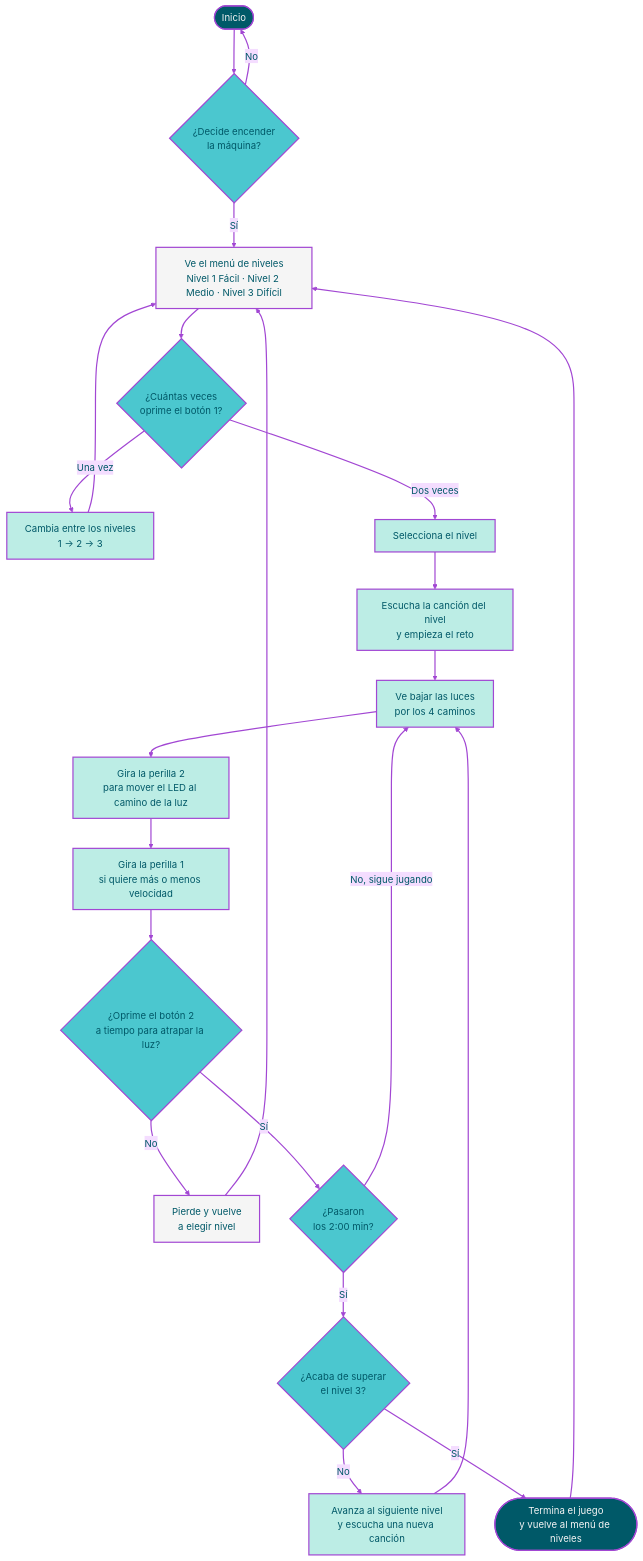
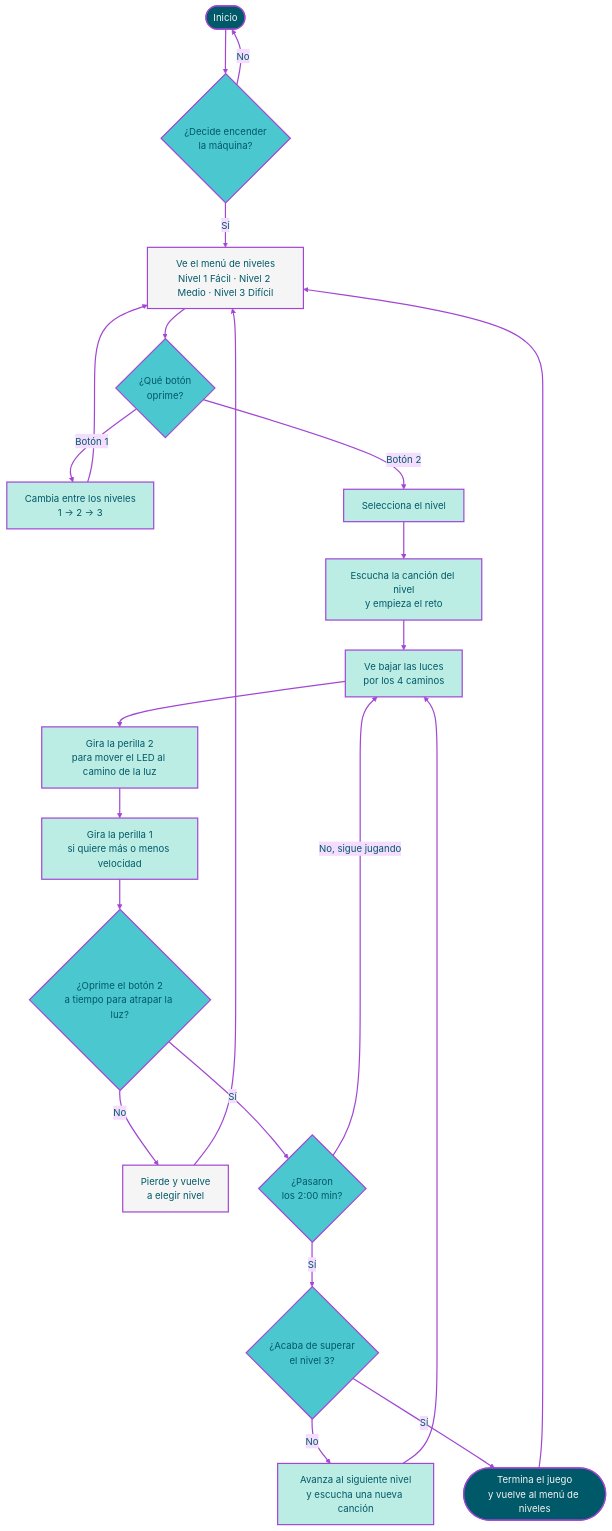
The first of 4 diagrams in 00-proyecto-2/grupo-05/README.md (Anaisbmg/dis8645-2026-2-procesos-2), drawn with Mermaid before and after one commit.

Commit message:
arreglo diagrama us

````diff
--- a/00-proyecto-2/grupo-05/README.md
+++ b/00-proyecto-2/grupo-05/README.md
@@ -69,41 +69,41 @@
 ```mermaid
 %%{init: {'theme':'base','themeVariables':{'fontFamily':'Arial','lineColor':'#A247D3','primaryTextColor':'#005968'}}}%%
 flowchart TD
     A([Inicio]) --> B{"¿Decide encender<br/>la máquina?"}
     B -- No --> A
     B -- Sí --> C["Ve el menú de niveles<br/>Nivel 1 Fácil · Nivel 2 Medio · Nivel 3 Difícil"]
 
-    C --> D{"¿Cuántas veces<br/>oprime el botón 1?"}
-    D -- Una vez --> E["Cambia entre los niveles<br/>1 → 2 → 3"]
+    C --> D{"¿Qué botón<br/>oprime?"}
+    D -- Botón 1 --> E["Cambia entre los niveles<br/>1 → 2 → 3"]
     E --> C
-    D -- Dos veces --> F["Selecciona el nivel"]
+    D -- Botón 2 --> F["Selecciona el nivel"]
 
     F --> G["Escucha la canción del nivel<br/>y empieza el reto"]
     G --> H["Ve bajar las luces<br/>por los 4 caminos"]
     H --> I["Gira la perilla 2<br/>para mover el LED al camino de la luz"]
     I --> J["Gira la perilla 1<br/>si quiere más o menos velocidad"]
     J --> K{"¿Oprime el botón 2<br/>a tiempo para atrapar la luz?"}
 
     K -- No --> L["Pierde y vuelve<br/>a elegir nivel"]
     L --> C
 
     K -- Sí --> M{"¿Pasaron<br/>los 2:00 min?"}
     M -- No, sigue jugando --> H
     M -- Sí --> N{"¿Acaba de superar<br/>el nivel 3?"}
     N -- No --> O["Avanza al siguiente nivel<br/>y escucha una nueva canción"]
     O --> H
     N -- Sí --> P(["Termina el juego<br/>y vuelve al menú de niveles"])
     P --> C
 
     classDef inicio fill:#005968,stroke:#A247D3,stroke-width:2px,color:#F5F5F5;
     classDef decision fill:#4BC7CF,stroke:#A247D3,stroke-width:2px,color:#005968;
     classDef accion fill:#BCEDE5,stroke:#A247D3,stroke-width:2px,color:#005968;
     classDef menu fill:#F5F5F5,stroke:#A247D3,stroke-width:2px,color:#005968;
 
     class A,P inicio;
     class B,D,K,M,N decision;
     class E,F,G,H,I,J,O accion;
     class C,L menu;
 
     linkStyle default stroke:#A247D3,stroke-width:2px;
 ```
````
